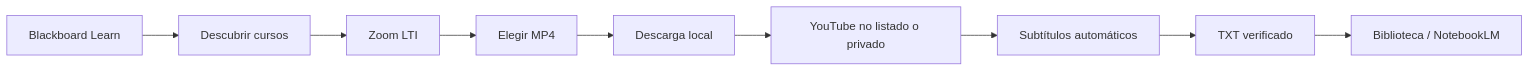
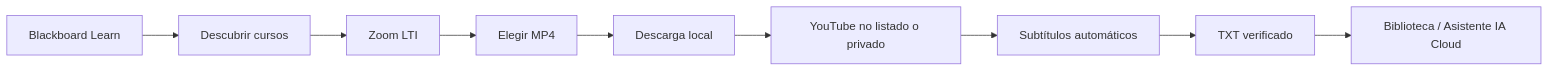
Before and after one commit to MACOABC/Zoom2TXT: the diagram in README.md, drawn with Mermaid. The commit also changed other lines of this file and 28 other files, not shown here.

````diff
--- a/README.md
+++ b/README.md
@@ -48,11 +49,11 @@
 ```mermaid
 flowchart LR
     A[Blackboard Learn] --> B[Descubrir cursos]
     B --> C[Zoom LTI]
     C --> D[Elegir MP4]
     D --> E[Descarga local]
     E --> F[YouTube no listado o privado]
     F --> G[Subtítulos automáticos]
     G --> H[TXT verificado]
-    H --> I[Biblioteca / NotebookLM]
+    H --> I[Biblioteca / Asistente IA Cloud]
 ```
````
